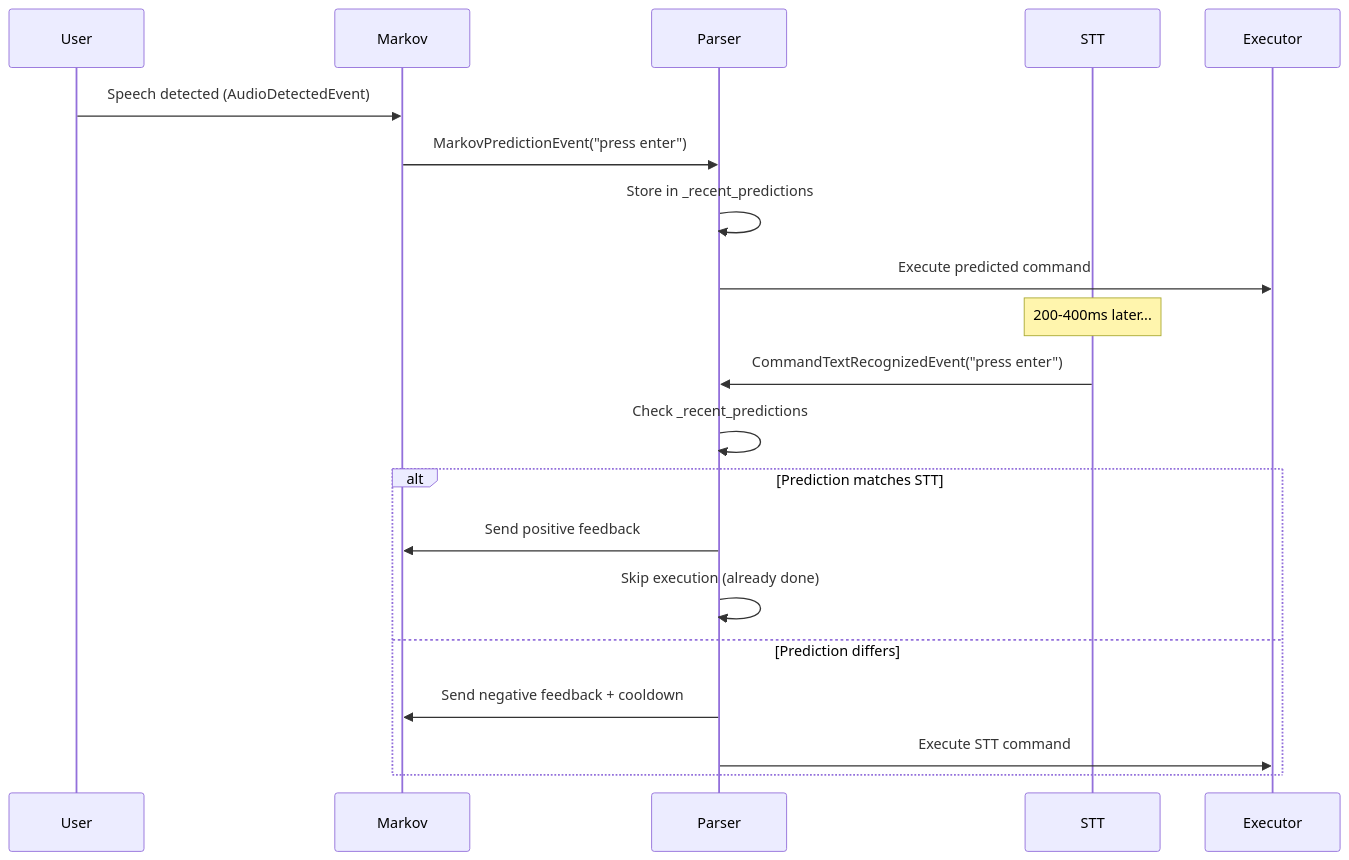
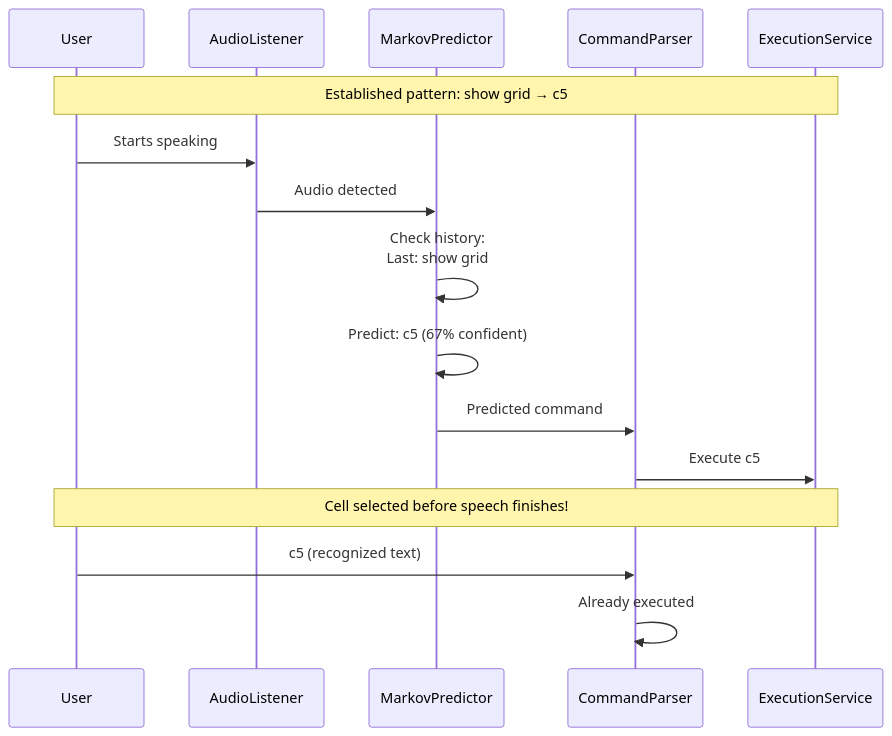
One commit to rick12000/vocalance changed the third of 3 diagrams in docs/developer/command_parsing.rst. Above: the diagram before and after it, drawn with Mermaid. The commit also changed other lines of this file and 12 other files, not shown here.

```diff
--- a/docs/developer/command_parsing.rst
+++ b/docs/developer/command_parsing.rst
@@ -83,24 +292,22 @@
 .. mermaid::
 
    sequenceDiagram
-       participant User
-       participant Markov
-       participant Parser
-       participant STT
-       participant Executor
+       participant U as User
+       participant Audio as AudioListener
+       participant Markov as MarkovPredictor
+       participant Parser as CommandParser
+       participant Exec as ExecutionService
 
-       User->>Markov: Speech detected (AudioDetectedEvent)
-       Markov->>Parser: MarkovPredictionEvent("press enter")
-       Parser->>Parser: Store in _recent_predictions
-       Parser->>Executor: Execute predicted command
+       Note over U,Exec: Established pattern: show grid → c5
 
-       Note over STT: 200-400ms later...
-       STT->>Parser: CommandTextRecognizedEvent("press enter")
-       Parser->>Parser: Check _recent_predictions
-       alt Prediction matches STT
-           Parser->>Markov: Send positive feedback
-           Parser->>Parser: Skip execution (already done)
-       else Prediction differs
-           Parser->>Markov: Send negative feedback + cooldown
-           Parser->>Executor: Execute STT command
-       end
+       U->>Audio: Starts speaking
+       Audio->>Markov: Audio detected
+       Markov->>Markov: Check history:<br/>Last: show grid
+       Markov->>Markov: Predict: c5 (67% confident)
+       Markov->>Parser: Predicted command
+       Parser->>Exec: Execute c5
+
+       Note over U,Exec: Cell selected before speech finishes!
+
+       U->>Parser: c5 (recognized text)
+       Parser->>Parser: Already executed
```
